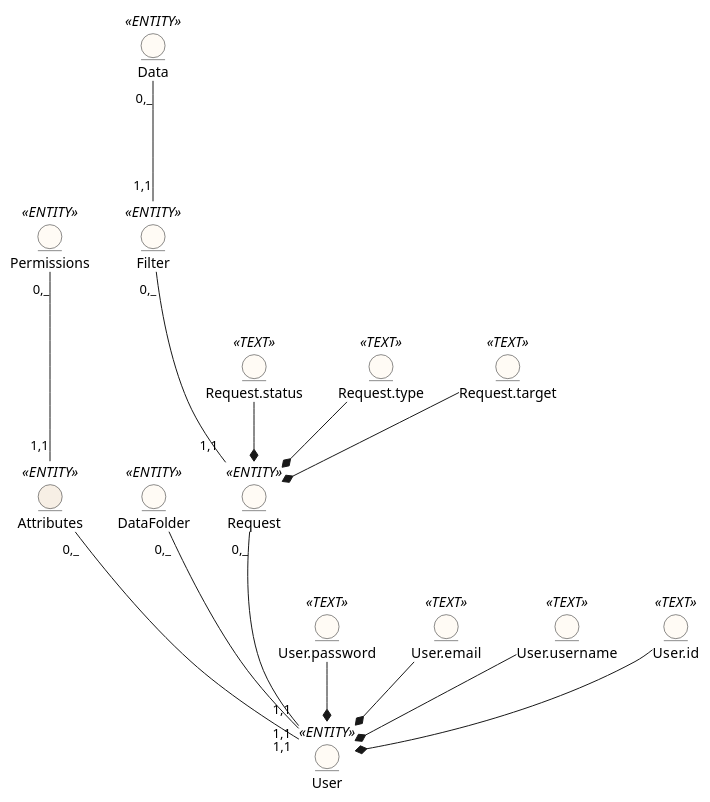
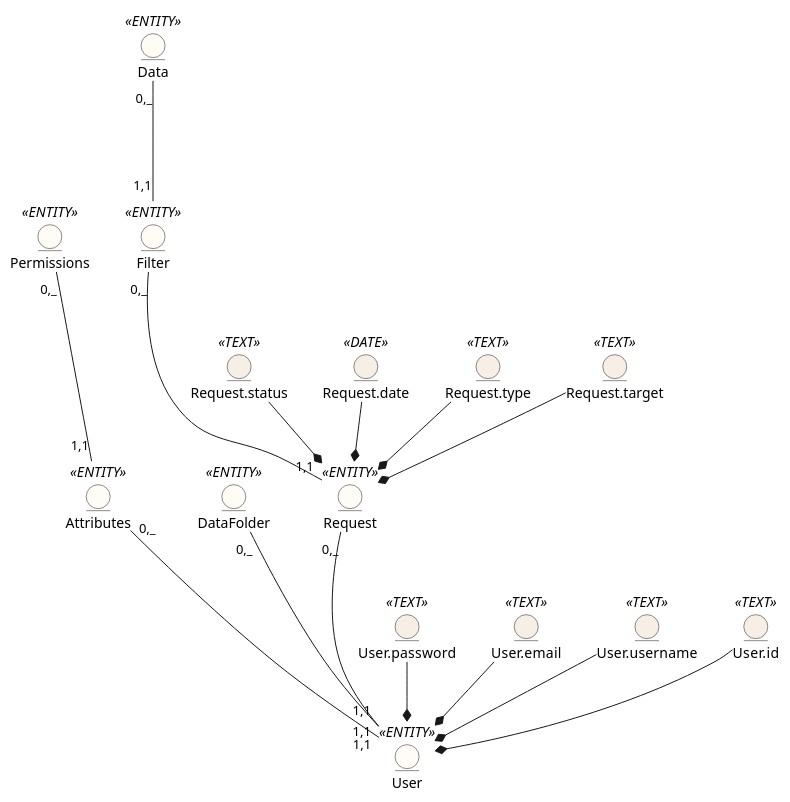
Before and after one commit to edu-db/edu_db_labs: the diagram in docs/design/README.md, drawn with PlantUML.

Commit message:
feat: add date attribute to Request

```diff
--- a/docs/design/README.md
+++ b/docs/design/README.md
@@ -9,44 +9,46 @@
 @startuml
 
 
 entity User <<ENTITY>> #FFFBF5
-entity User.password <<TEXT>> #FFFBF5
-entity User.email<<TEXT>> #FFFBF5
-entity User.username<<TEXT>> #FFFBF5
-entity User.id<<TEXT>> #FFFBF5
+entity User.password <<TEXT>> #F7EFE5
+entity User.email<<TEXT>> #F7EFE5
+entity User.username<<TEXT>> #F7EFE5
+entity User.id<<TEXT>> #F7EFE5
 
 
-entity Attributes <<ENTITY>> #F7EFE5
+entity Attributes <<ENTITY>> #FFFBF5
 entity DataFolder <<ENTITY>> #FFFBF5
 entity Permissions <<ENTITY>> #FFFBF5
 entity Filter <<ENTITY>> #FFFBF5
 
 entity Request <<ENTITY>> #FFFBF5
-entity Request.status <<TEXT>> #FFFBF5
-entity Request.type<<TEXT>> #FFFBF5
-entity Request.target<<TEXT>> #FFFBF5
+entity Request.status <<TEXT>> #F7EFE5
+entity Request.date <<DATE>> #F7EFE5
+entity Request.type<<TEXT>> #F7EFE5
+entity Request.target<<TEXT>> #F7EFE5
 
 entity Data <<ENTITY>> #FFFBF5
 
 User "1,1" --u- "0,_" Attributes
 User "1,1" --u- "0,_" Request
 User "1,1" --u- "0,_" DataFolder
 Request "1,1" --u- "0,_" Filter
 Filter "1,1" --u- "0,_" Data
 Attributes "1,1" --u- "0,_" Permissions
 
 User.password -d-* User
 User.email -d-* User
 User.username -d-* User
 User.id -d-* User
 
 
 Request.status -d-* Request
 Request.type -d-* Request
 Request.target -d-* Request
+Request.date -d-* Request
 
 
 
 
 
 @enduml
```
